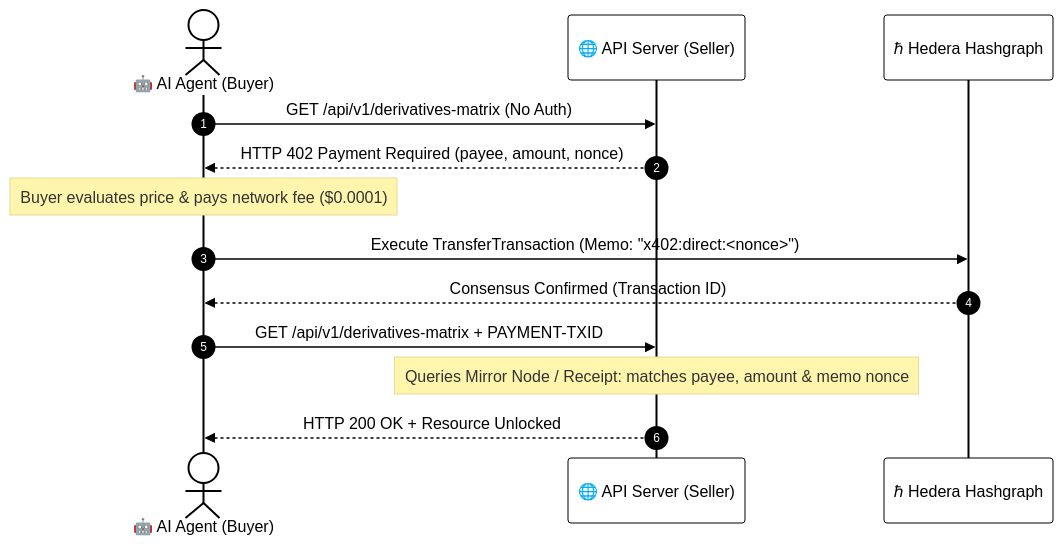
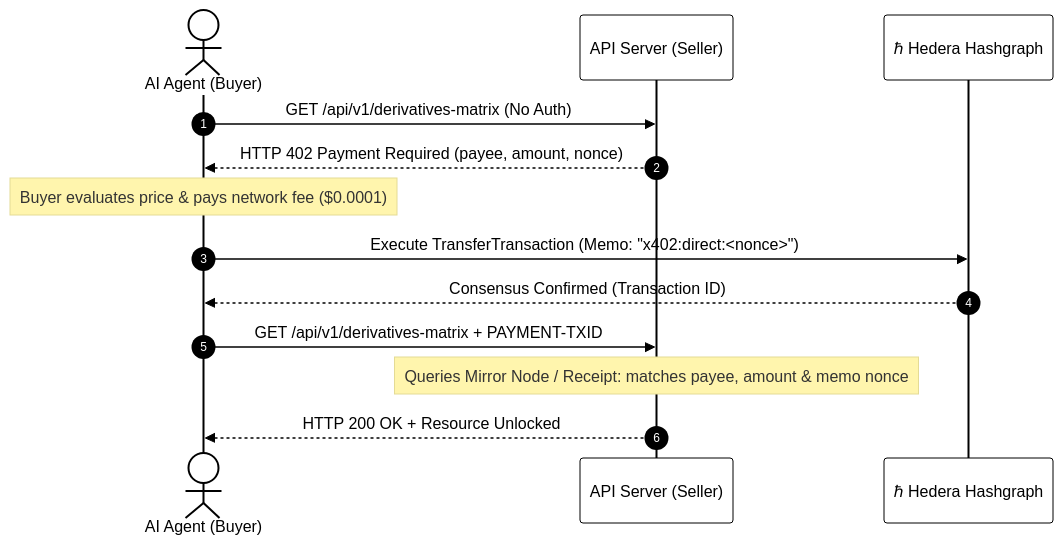
Before and after one commit to altaga/Hedera-By-Example: the second of 2 diagrams in course/English/M10_Agentic_Micropayments_x402/README.md, drawn with Mermaid. The commit also changed other lines of this file and 590 other files, not shown here.

````diff
--- a/course/English/M10_Agentic_Micropayments_x402/README.md
+++ b/course/English/M10_Agentic_Micropayments_x402/README.md
@@ -78,34 +78,34 @@
 ```mermaid
 %%{init: {
   'theme': 'base',
   'themeVariables': {
     'primaryColor': '#ffffff',
     'primaryTextColor': '#000000',
     'primaryBorderColor': '#000000',
     'lineColor': '#000000',
     'secondaryColor': '#0066cc',
     'tertiaryColor': '#ffffff',
     'mainBkg': '#ffffff',
     'nodeBorder': '#000000',
     'clusterBkg': '#F9F9F6',
     'clusterBorder': '#000000',
     'fontSize': '14px',
     'fontFamily': 'Inter, system-ui, -apple-system, sans-serif',
     'nodeRadius': '0px'
   }
 }}%%
 sequenceDiagram
     autonumber
-    actor Agent as 🤖 AI Agent (Buyer)
-    participant Server as 🌐 API Server (Seller)
+    actor Agent as  AI Agent (Buyer)
+    participant Server as  API Server (Seller)
     participant Hedera as ℏ Hedera Hashgraph
 
     Agent->>Server: GET /api/v1/derivatives-matrix (No Auth)
     Server-->>Agent: HTTP 402 Payment Required (payee, amount, nonce)
     Note over Agent: Buyer evaluates price & pays network fee ($0.0001)
     Agent->>Hedera: Execute TransferTransaction (Memo: "x402:direct:<nonce>")
     Hedera-->>Agent: Consensus Confirmed (Transaction ID)
     Agent->>Server: GET /api/v1/derivatives-matrix + PAYMENT-TXID
     Note over Server: Queries Mirror Node / Receipt: matches payee, amount & memo nonce
     Server-->>Agent: HTTP 200 OK + Resource Unlocked
 ```
````
